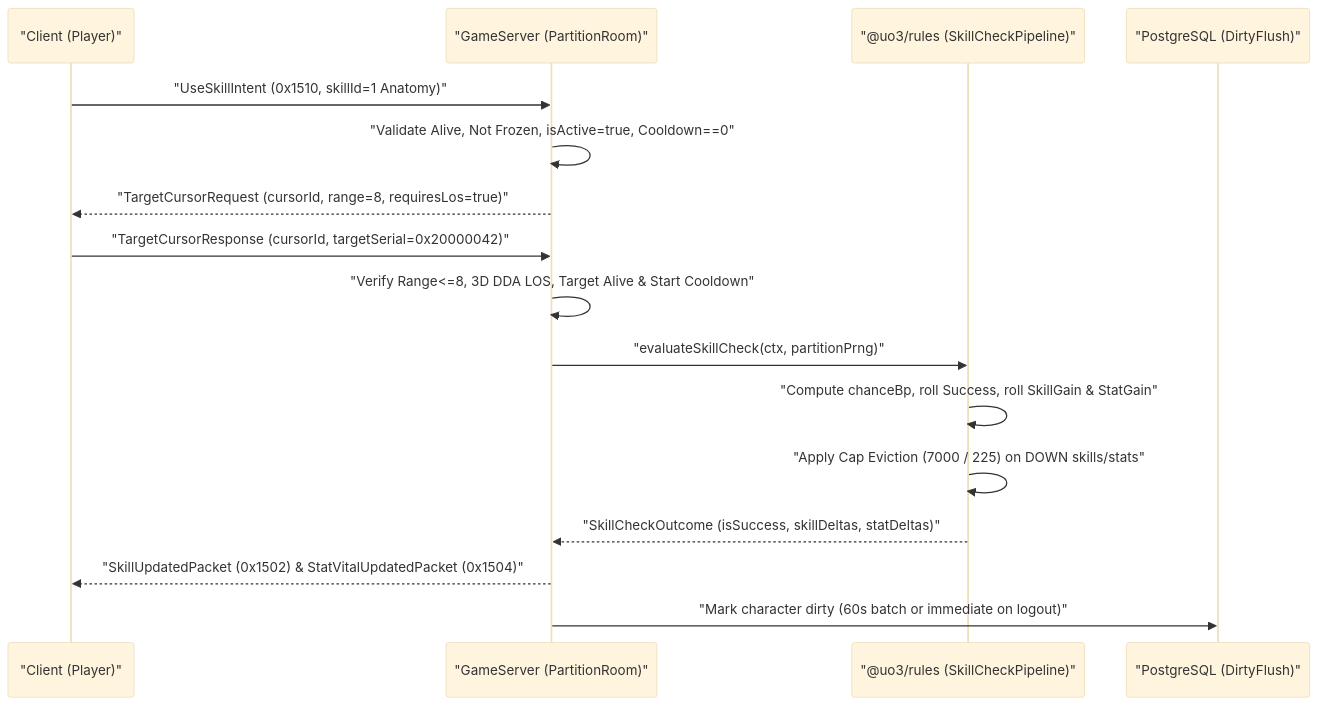
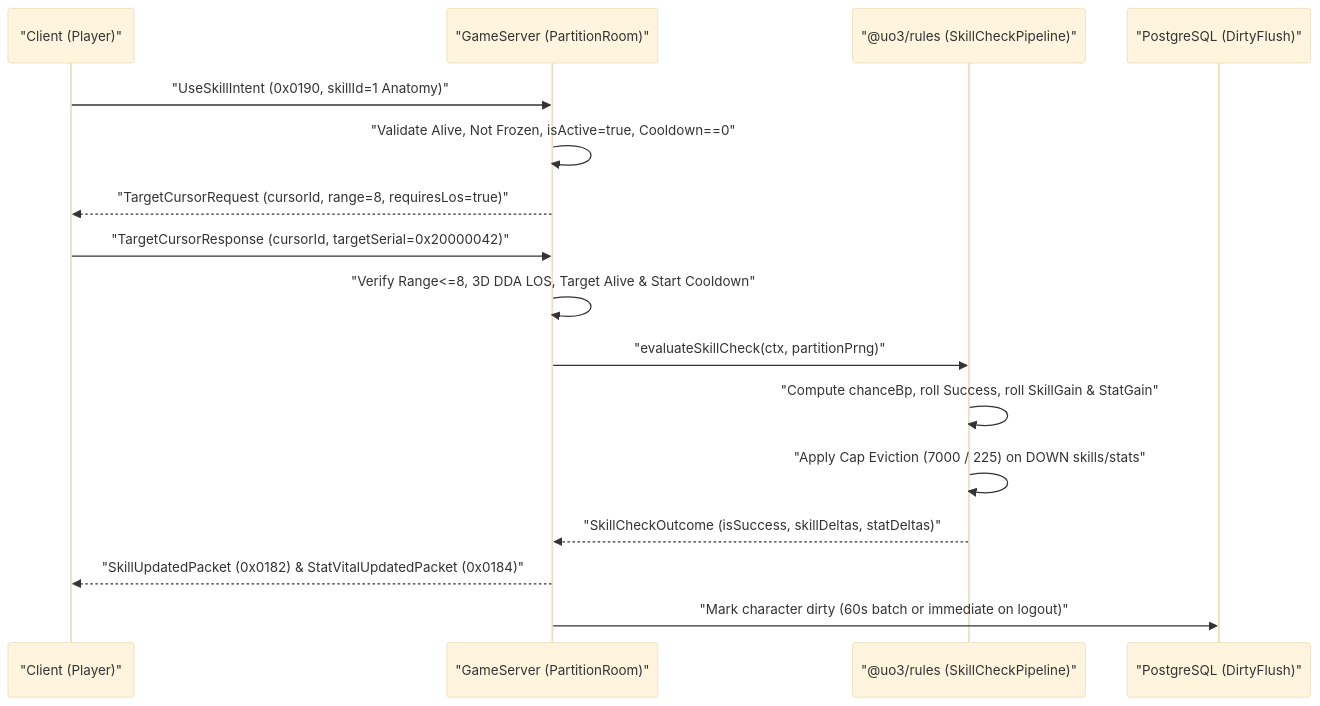
The second of 2 diagrams in openspec/changes/p15-stats-and-skills/design.md (SergioAndreev/uo3), drawn with Mermaid (base theme) before and after one commit. The commit also changed other lines of this file and 188 other files, not shown here.

````diff
--- a/openspec/changes/p15-stats-and-skills/design.md
+++ b/openspec/changes/p15-stats-and-skills/design.md
@@ -146,19 +146,19 @@
 ```mermaid
 sequenceDiagram
     participant C as "Client (Player)"
     participant S as "GameServer (PartitionRoom)"
     participant R as "@uo3/rules (SkillCheckPipeline)"
     participant DB as "PostgreSQL (DirtyFlush)"
 
-    C->>S: "UseSkillIntent (0x1510, skillId=1 Anatomy)"
+    C->>S: "UseSkillIntent (0x0190, skillId=1 Anatomy)"
     S->>S: "Validate Alive, Not Frozen, isActive=true, Cooldown==0"
     S-->>C: "TargetCursorRequest (cursorId, range=8, requiresLos=true)"
     C->>S: "TargetCursorResponse (cursorId, targetSerial=0x20000042)"
     S->>S: "Verify Range<=8, 3D DDA LOS, Target Alive & Start Cooldown"
     S->>R: "evaluateSkillCheck(ctx, partitionPrng)"
     R->>R: "Compute chanceBp, roll Success, roll SkillGain & StatGain"
     R->>R: "Apply Cap Eviction (7000 / 225) on DOWN skills/stats"
     R-->>S: "SkillCheckOutcome (isSuccess, skillDeltas, statDeltas)"
-    S-->>C: "SkillUpdatedPacket (0x1502) & StatVitalUpdatedPacket (0x1504)"
+    S-->>C: "SkillUpdatedPacket (0x0182) & StatVitalUpdatedPacket (0x0184)"
     S->>DB: "Mark character dirty (60s batch or immediate on logout)"
 ```
````
